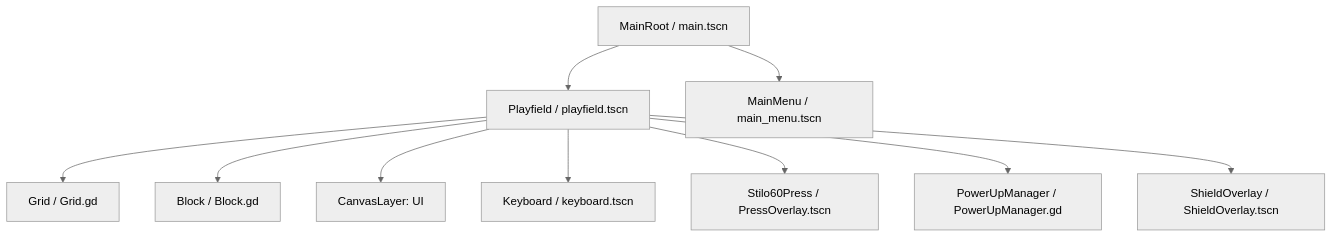
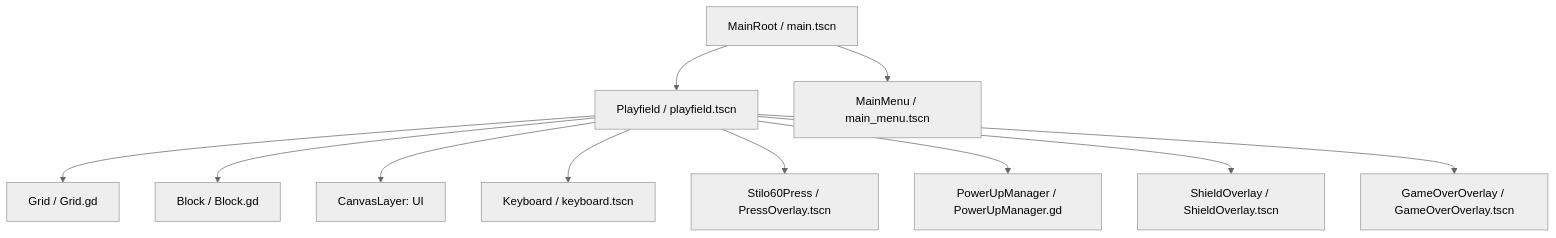
Before and after one commit to happycoder1973/intercable-connectris: the first of 3 diagrams in ARCHITECTURE.md, drawn with Mermaid (neutral theme). The commit also changed other lines of this file, not shown here.

Commit message:
Doc: Document Game Mode architecture, SettingsManager, and GameOverOverlay for Slice 4

````diff
--- a/ARCHITECTURE.md
+++ b/ARCHITECTURE.md
@@ -14,23 +14,25 @@
 ```mermaid
 graph TD
     Main[MainRoot / main.tscn]
     Playfield[Playfield / playfield.tscn]
     Grid[Grid / Grid.gd]
     Block[Block / Block.gd]
     UI[CanvasLayer: UI]
     MainMenu[MainMenu / main_menu.tscn]
     Keyboard[Keyboard / keyboard.tscn]
     PressOverlay[Stilo60Press / PressOverlay.tscn]
     PowerUpManager[PowerUpManager / PowerUpManager.gd]
     ShieldOverlay[ShieldOverlay / ShieldOverlay.tscn]
+    GameOverOverlay[GameOverOverlay / GameOverOverlay.tscn]
 
     Main --> Playfield
     Main --> MainMenu
     Playfield --> Grid
     Playfield --> Block
     Playfield --> UI
     Playfield --> Keyboard
     Playfield --> PressOverlay
     Playfield --> PowerUpManager
     Playfield --> ShieldOverlay
+    Playfield --> GameOverOverlay
 ```
````
